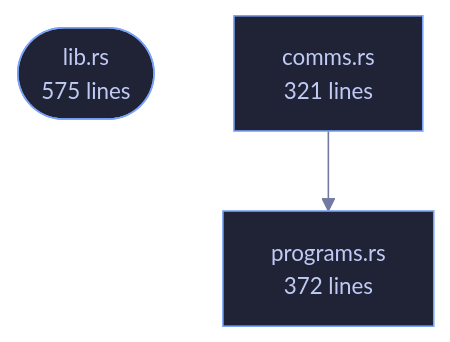
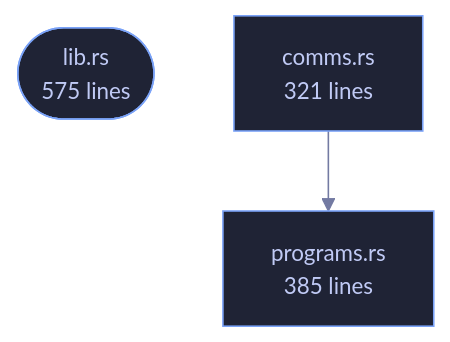
Before and after one commit to tilas01/veilvoice: the diagram in wiki/Crate-veilvoice-capture.md, drawn with Mermaid. The commit also changed other lines of this file and 487 other files, not shown here.

````diff
--- a/wiki/Crate-veilvoice-capture.md
+++ b/wiki/Crate-veilvoice-capture.md
@@ -93,11 +93,11 @@
 ```mermaid
 %%{init: {"theme":"base","themeVariables":{"background":"#1a1b26","primaryColor":"#1f2335","primaryTextColor":"#c0caf5","primaryBorderColor":"#7aa2f7","secondaryColor":"#16161e","tertiaryColor":"#16161e","lineColor":"#737aa2","textColor":"#c0caf5","mainBkg":"#1f2335","nodeBorder":"#7aa2f7","clusterBkg":"#16161e","clusterBorder":"#2f3549","fontFamily":"ui-monospace, SFMono-Regular, Consolas, monospace","fontSize":"14px"}}}%%
 flowchart TD
     n_lib(["lib.rs<br/>575 lines"])
     n_comms["comms.rs<br/>321 lines"]
-    n_programs["programs.rs<br/>372 lines"]
+    n_programs["programs.rs<br/>385 lines"]
     n_comms --> n_programs
     click n_lib href "https://github.com/tilas01/veilvoice/blob/main/crates/veilvoice-capture/src/lib.rs" "open the source"
     click n_comms href "https://github.com/tilas01/veilvoice/blob/main/crates/veilvoice-capture/src/comms.rs" "open the source"
     click n_programs href "https://github.com/tilas01/veilvoice/blob/main/crates/veilvoice-capture/src/programs.rs" "open the source"
 ```
````
